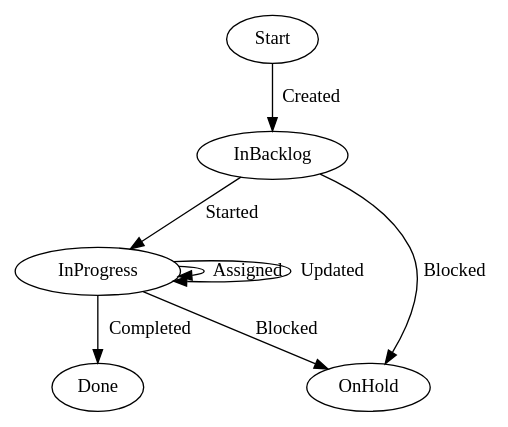
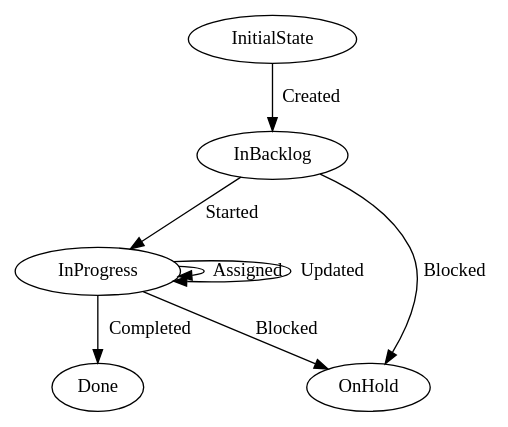
Before and after one commit to uberto/okotta-es: the diagram in codegen/examples/helpdesk.dot, drawn with Graphviz. The commit also changed 7 other files, not shown here.

```diff
--- a/codegen/examples/helpdesk.dot
+++ b/codegen/examples/helpdesk.dot
@@ -1,9 +1,9 @@
 digraph ticket {
-Start -> InBacklog[label="Created"]; 
+InitialState -> InBacklog[label="Created"];
 InBacklog -> InProgress[label="Started"]; 
 InProgress -> InProgress[label="Assigned"]; 
 InProgress -> InProgress[label="Updated"]; 
 InProgress -> OnHold[label="Blocked"]; 
 InBacklog -> OnHold[label="Blocked"];
 InProgress -> Done[label="Completed"]; 
 }
```
